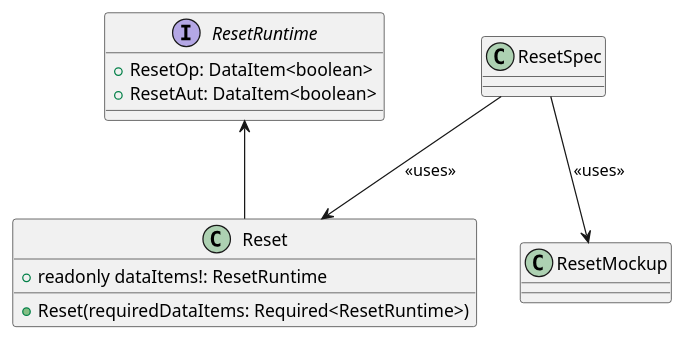
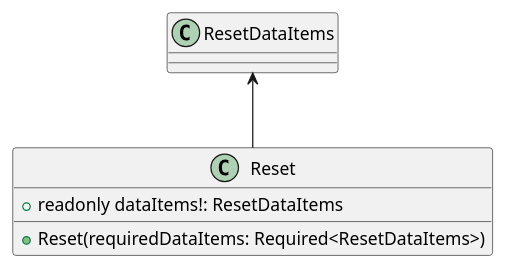
One commit to p2o-lab/polaris-backend changed the diagram in src/modularPlantManager/pea/dataAssembly/baseFunction/reset/Reset.puml. Above: the diagram before and after it, drawn with PlantUML. The commit also changed 12 other files, not shown here.

```diff
--- a/src/modularPlantManager/pea/dataAssembly/baseFunction/reset/Reset.puml
+++ b/src/modularPlantManager/pea/dataAssembly/baseFunction/reset/Reset.puml
@@ -26,17 +26,11 @@
 @startuml
 'https://plantuml.com/class-diagram
 
-interface ResetRuntime{
-    + ResetOp: DataItem<boolean>
-	+ ResetAut: DataItem<boolean>
+class Reset{
+    + readonly dataItems!: ResetDataItems
+    + Reset(requiredDataItems: Required<ResetDataItems>)
 }
 
-class Reset{
-    + readonly dataItems!: ResetRuntime
-    + Reset(requiredDataItems: Required<ResetRuntime>)
-}
+ResetDataItems <-- Reset
 
-ResetRuntime <-- Reset
-ResetSpec --> Reset : <<uses>>
-ResetSpec --> ResetMockup : <<uses>>
 @enduml
```
